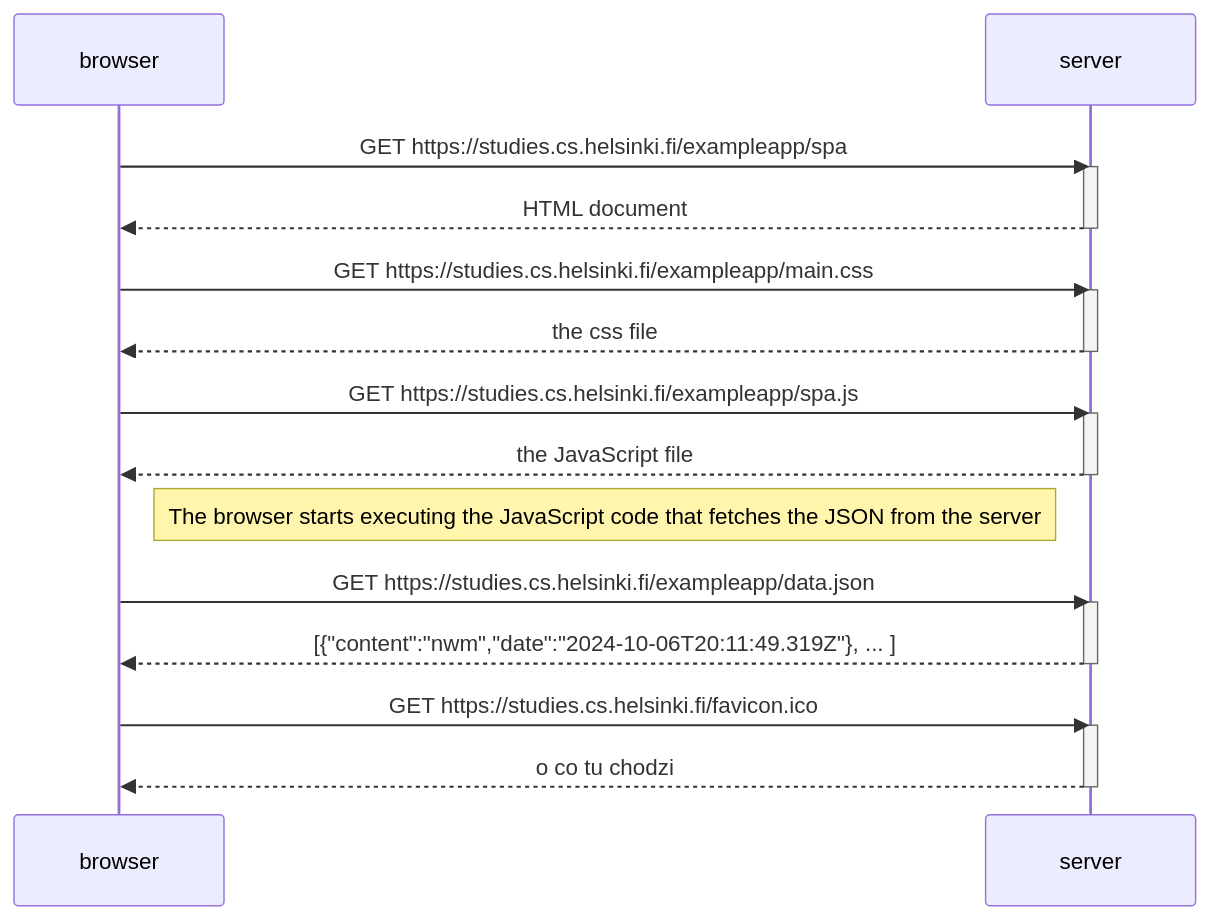
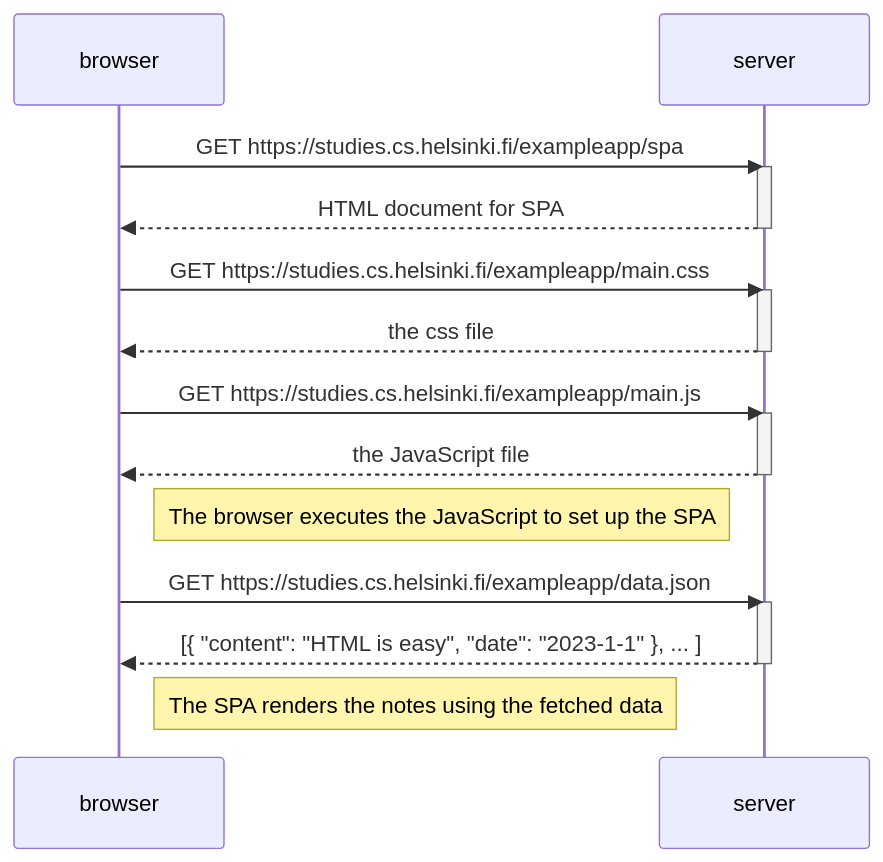
One commit to martyna32/fullstackopenMartyna-Podg-rska changed the diagram in part 0/0.5.md. Above: the diagram before and after it, drawn with Mermaid. The commit also changed 1 other file, not shown here.

Commit message:
zrobione

````diff
--- a/part 0/0.5.md
+++ b/part 0/0.5.md
@@ -1,34 +1,29 @@
 ```mermaid
 sequenceDiagram
     participant browser
     participant server
-
+ 
     browser->>server: GET https://studies.cs.helsinki.fi/exampleapp/spa
     activate server
-    server-->>browser: HTML document
+    server-->>browser: HTML document for SPA
     deactivate server
-
+ 
     browser->>server: GET https://studies.cs.helsinki.fi/exampleapp/main.css
     activate server
     server-->>browser: the css file
     deactivate server
-    
-    browser->>server: GET https://studies.cs.helsinki.fi/exampleapp/spa.js
+ 
+    browser->>server: GET https://studies.cs.helsinki.fi/exampleapp/main.js
     activate server
     server-->>browser: the JavaScript file
     deactivate server
-
-    Note right of browser: The browser starts executing the JavaScript code that fetches the JSON from the server
-
+ 
+    Note right of browser: The browser executes the JavaScript to set up the SPA
+ 
     browser->>server: GET https://studies.cs.helsinki.fi/exampleapp/data.json
     activate server
-    server-->>browser: [{"content":"nwm","date":"2024-10-06T20:11:49.319Z"}, ... ]
+    server-->>browser: [{ "content": "HTML is easy", "date": "2023-1-1" }, ... ]
     deactivate server
-
-    browser->>server: GET https://studies.cs.helsinki.fi/favicon.ico
-    activate server
-    server-->>browser: o co tu chodzi
-    deactivate server
-
-
+ 
+    Note right of browser: The SPA renders the notes using the fetched data
 ```
````
